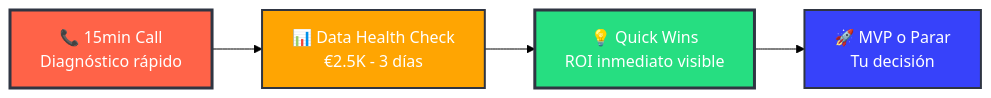
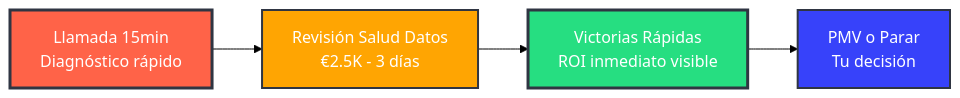
Diagram 17 of 17 in readme.md (arielmmdx/offering), drawn with Mermaid (forest theme) before and after one commit. The commit also changed other lines of this file, not shown here.

````diff
--- a/readme.md
+++ b/readme.md
@@ -798,11 +765,11 @@
 ```mermaid
 flowchart LR
-    A[📞 15min Call<br/>Diagnóstico rápido] --> B[📊 Data Health Check<br/>€2.5K - 3 días]
-    B --> C[💡 Quick Wins<br/>ROI inmediato visible]
-    C --> D[🚀 MVP o Parar<br/>Tu decisión]
+    A[Llamada 15min<br/>Diagnóstico rápido] --> B[Revisión Salud Datos<br/>€2.5K - 3 días]
+    B --> C[Victorias Rápidas<br/>ROI inmediato visible]
+    C --> D[PMV o Parar<br/>Tu decisión]
     
     style A fill:#ff6348,stroke:#2f3542,stroke-width:3px,color:#fff
     style B fill:#ffa502,stroke:#2f3542,stroke-width:2px,color:#fff
     style C fill:#26de81,stroke:#2f3542,stroke-width:3px,color:#fff
     style D fill:#3742fa,stroke:#2f3542,stroke-width:2px,color:#fff
 ```
````
